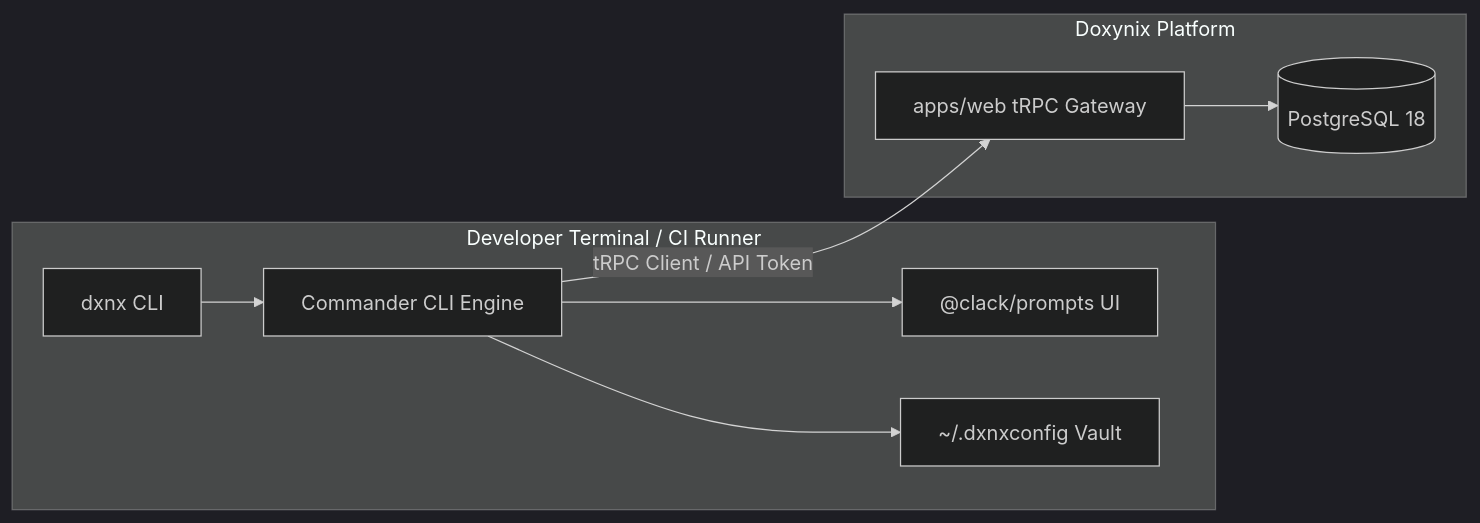
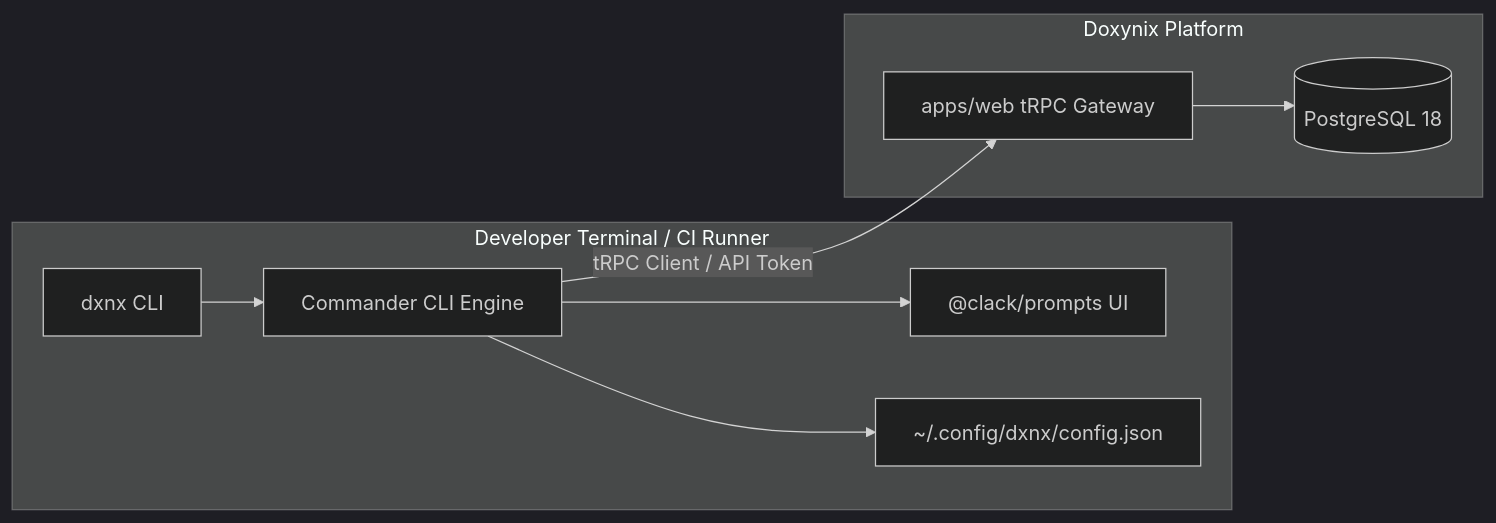
The diagram in packages/cli/README.md (doxynix/doxynix), drawn with Mermaid (dark theme) before and after one commit. The commit also changed other lines of this file and 57 other files, not shown here.

````diff
--- a/packages/cli/README.md
+++ b/packages/cli/README.md
@@ -32,13 +33,13 @@
 ```mermaid
 flowchart LR
     subgraph Terminal [" Developer Terminal / CI Runner "]
         USER["dxnx CLI"] --> PARSER["Commander CLI Engine"]
         PARSER --> PROMPT["@clack/prompts UI"]
-        PARSER --> STORE["~/.dxnxconfig Vault"]
+        PARSER --> STORE["~/.config/dxnx/config.json"]
     end
 
     subgraph Remote [" Doxynix Platform "]
         PARSER -->|tRPC Client / API Token| API["apps/web tRPC Gateway"]
         API --> DB[("PostgreSQL 18")]
     end
 ```
````
